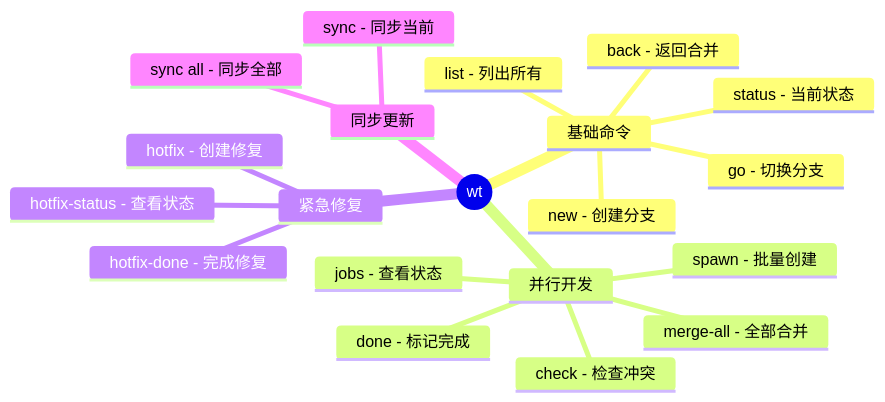
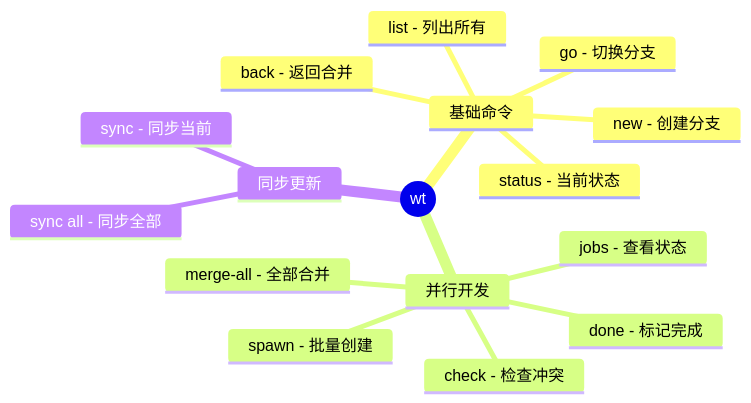
Before and after one commit to Maka234Maka123/tree: the second of 8 diagrams in tree/README.md, drawn with Mermaid. The commit also changed other lines of this file and 11 other files, not shown here.

````diff
--- a/tree/README.md
+++ b/tree/README.md
@@ -90,23 +109,19 @@
 ```mermaid
 mindmap
   root((wt))
     基础命令
       new - 创建分支
       back - 返回合并
       go - 切换分支
       list - 列出所有
       status - 当前状态
     并行开发
       spawn - 批量创建
       jobs - 查看状态
       done - 标记完成
       check - 检查冲突
       merge-all - 全部合并
-    紧急修复
-      hotfix - 创建修复
-      hotfix-done - 完成修复
-      hotfix-status - 查看状态
     同步更新
       sync - 同步当前
       sync all - 同步全部
 ```
````
